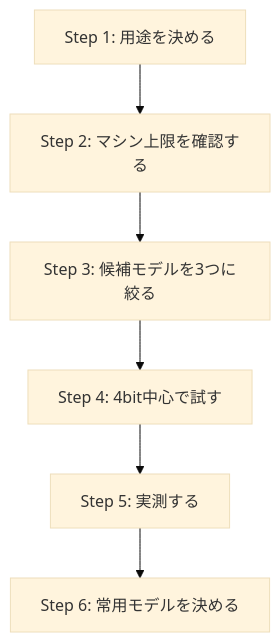
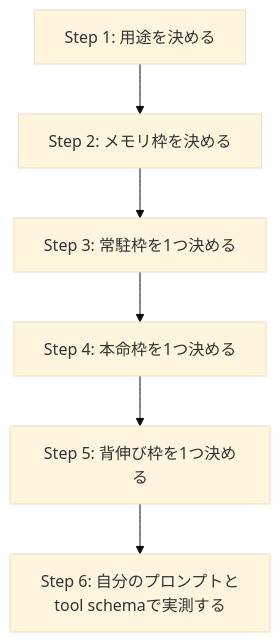
Before and after one commit to kotowari-modoki/experimental-commons: the diagram in src/content/docs/ai/tools/local-llm-selection.md, drawn with Mermaid (base theme). The commit also changed other lines of this file and 2 other files, not shown here.

````diff
--- a/src/content/docs/ai/tools/local-llm-selection.md
+++ b/src/content/docs/ai/tools/local-llm-selection.md
@@ -272,8 +83,8 @@
 ```mermaid
 flowchart TD
-    A[Step 1: 用途を決める] --> B[Step 2: マシン上限を確認する]
-    B --> C[Step 3: 候補モデルを3つに絞る]
-    C --> D[Step 4: 4bit中心で試す]
-    D --> E[Step 5: 実測する]
-    E --> F[Step 6: 常用モデルを決める]
+    A[Step 1: 用途を決める] --> B[Step 2: メモリ枠を決める]
+    B --> C[Step 3: 常駐枠を1つ決める]
+    C --> D[Step 4: 本命枠を1つ決める]
+    D --> E[Step 5: 背伸び枠を1つ決める]
+    E --> F[Step 6: 自分のプロンプトとtool schemaで実測する]
 ```
````
